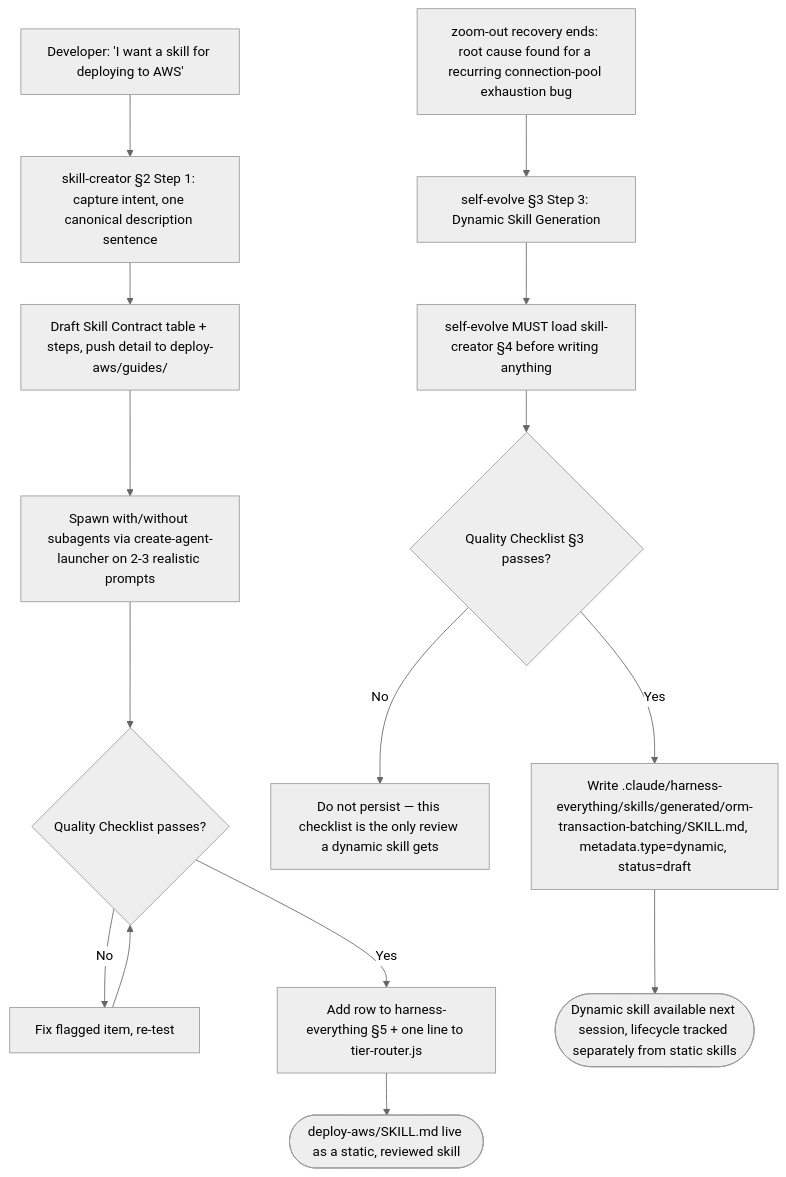
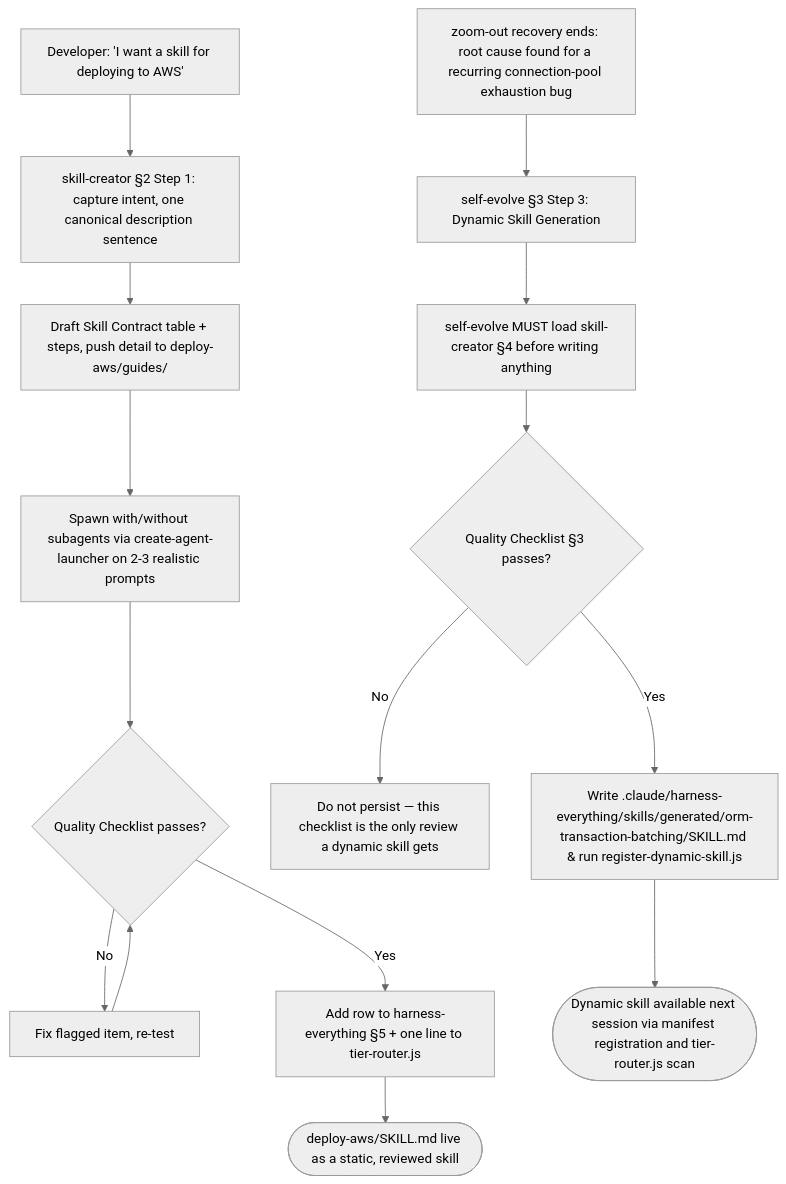
The third of 3 diagrams in docs/workflows/skill-creator.md (dyphn1/Harness-everything), drawn with Mermaid (neutral theme) before and after one commit. The commit also changed other lines of this file and 1 other file, not shown here.

Commit message:
docs(workflows): update self-evolve and skill-creator workflows with manifest registration and auto-discovery paths

````diff
--- a/docs/workflows/skill-creator.md
+++ b/docs/workflows/skill-creator.md
@@ -48,18 +50,18 @@
 ```mermaid
 graph TD
   Start1["Developer: 'I want a skill for deploying to AWS'"] --> Intent1["skill-creator §2 Step 1: capture intent, one canonical description sentence"]
   Intent1 --> Draft1["Draft Skill Contract table + steps, push detail to deploy-aws/guides/"]
   Draft1 --> Test1["Spawn with/without subagents via create-agent-launcher on 2-3 realistic prompts"]
   Test1 --> Check1{Quality Checklist passes?}
   Check1 -->|No| Fix1["Fix flagged item, re-test"]
   Fix1 --> Check1
   Check1 -->|Yes| Reg1["Add row to harness-everything §5 + one line to tier-router.js"]
   Reg1 --> Done1([deploy-aws/SKILL.md live as a static, reviewed skill])
 
   Start2["zoom-out recovery ends: root cause found for a recurring connection-pool exhaustion bug"] --> Trigger2["self-evolve §3 Step 3: Dynamic Skill Generation"]
   Trigger2 --> Load2["self-evolve MUST load skill-creator §4 before writing anything"]
   Load2 --> Gate2{Quality Checklist §3 passes?}
   Gate2 -->|No| Reject2["Do not persist — this checklist is the only review a dynamic skill gets"]
-  Gate2 -->|Yes| Write2["Write .claude/harness-everything/skills/generated/orm-transaction-batching/SKILL.md, metadata.type=dynamic, status=draft"]
-  Write2 --> Done2([Dynamic skill available next session, lifecycle tracked separately from static skills])
+  Gate2 -->|Yes| Write2["Write .claude/harness-everything/skills/generated/orm-transaction-batching/SKILL.md & run register-dynamic-skill.js"]
+  Write2 --> Done2([Dynamic skill available next session via manifest registration and tier-router.js scan])
 ```
````
